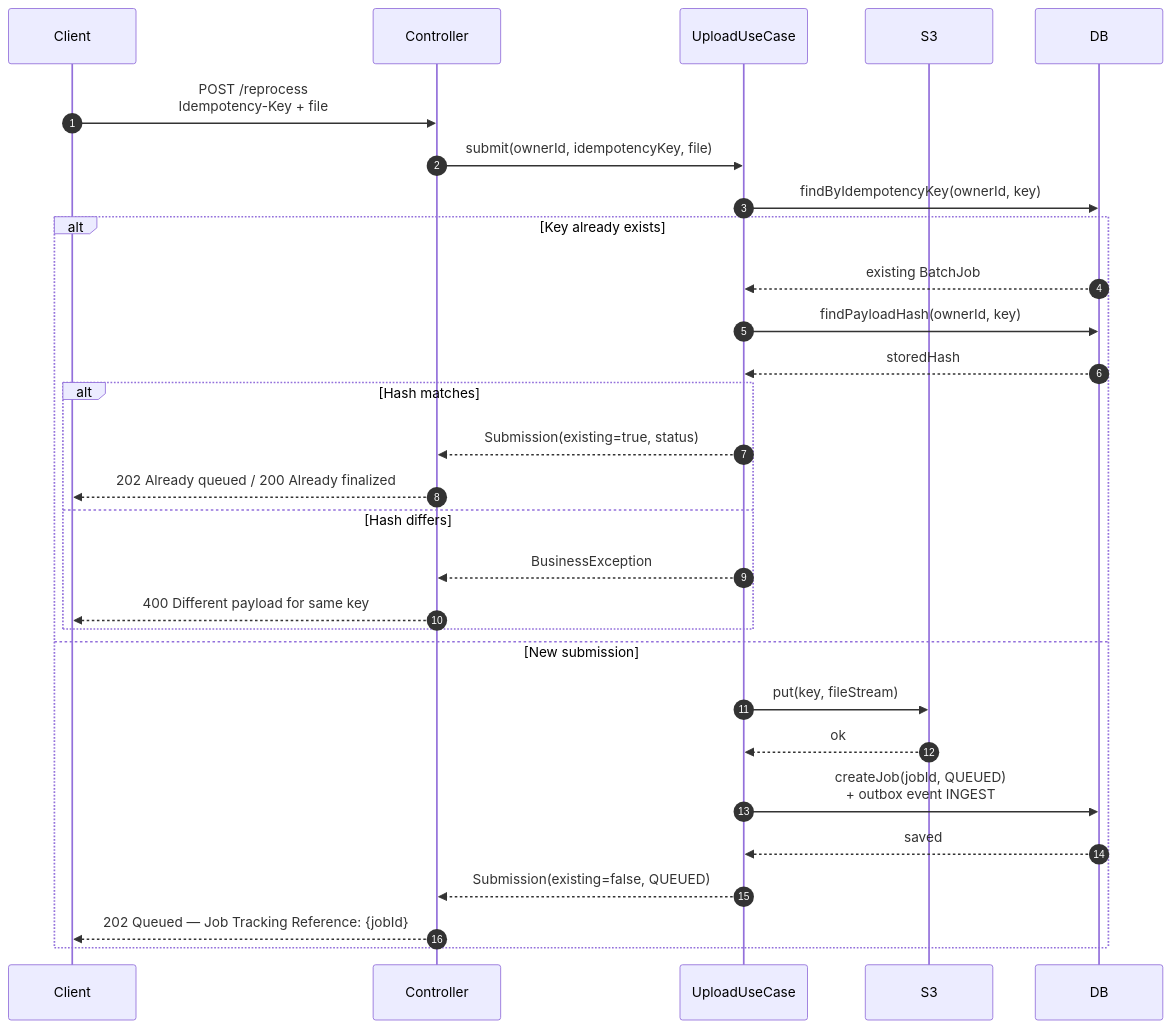
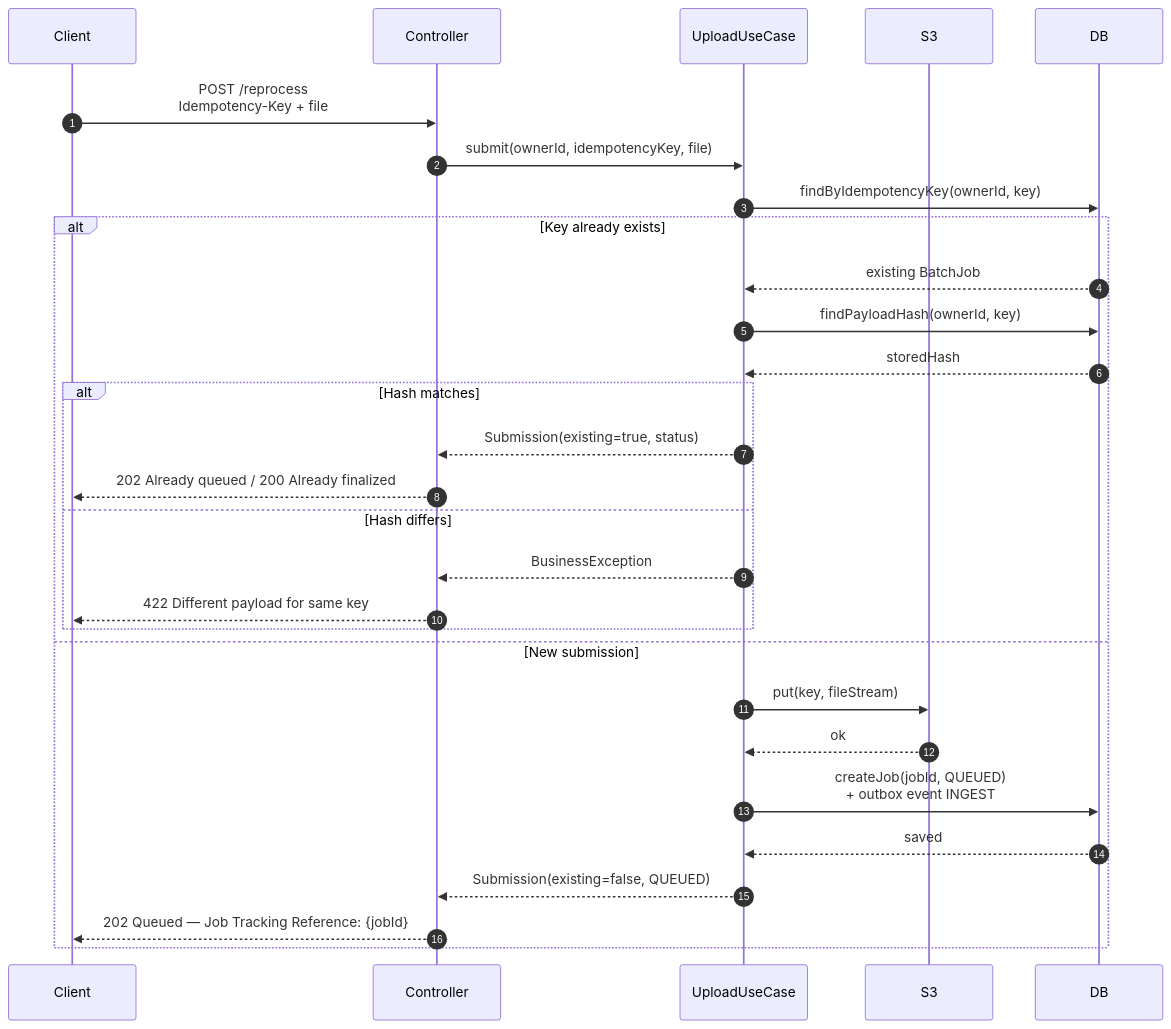
The first of 7 diagrams in ARCHITECTURE.md (edovirgolim/payment-reprocessing-api-showcase), drawn with Mermaid before and after one commit. The commit also changed other lines of this file and 1 other file, not shown here.

Commit message:
Updated README and ARCHITECTURE files

````diff
--- a/ARCHITECTURE.md
+++ b/ARCHITECTURE.md
@@ -73,36 +86,36 @@
 ```mermaid
 sequenceDiagram
     autonumber
     participant Client
     participant Controller
     participant UploadUseCase
     participant S3
     participant DB
 
     Client->>Controller: POST /reprocess<br/>Idempotency-Key + file
     Controller->>UploadUseCase: submit(ownerId, idempotencyKey, file)
 
     UploadUseCase->>DB: findByIdempotencyKey(ownerId, key)
 
     alt Key already exists
         DB-->>UploadUseCase: existing BatchJob
         UploadUseCase->>DB: findPayloadHash(ownerId, key)
         DB-->>UploadUseCase: storedHash
 
         alt Hash matches
             UploadUseCase-->>Controller: Submission(existing=true, status)
             Controller-->>Client: 202 Already queued / 200 Already finalized
         else Hash differs
             UploadUseCase-->>Controller: BusinessException
-            Controller-->>Client: 400 Different payload for same key
+            Controller-->>Client: 422 Different payload for same key
         end
 
     else New submission
         UploadUseCase->>S3: put(key, fileStream)
         S3-->>UploadUseCase: ok
         UploadUseCase->>DB: createJob(jobId, QUEUED)<br/>+ outbox event INGEST
         DB-->>UploadUseCase: saved
         UploadUseCase-->>Controller: Submission(existing=false, QUEUED)
         Controller-->>Client: 202 Queued — Job Tracking Reference: {jobId}
     end
 ```
````
